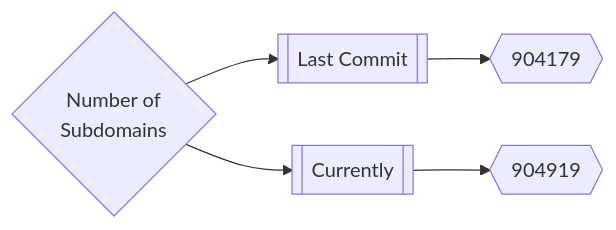
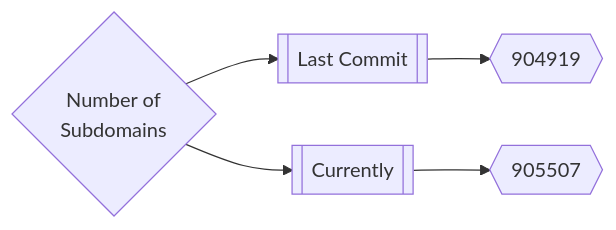
One commit to trickest/inventory changed the first of 3 diagrams in README.md. Above: the diagram before and after it, drawn with Mermaid. The commit also changed other lines of this file, not shown here.

Commit message:
Update README.md Fri Jul 15 21:10:42 UTC 2022

````diff
--- a/README.md
+++ b/README.md
@@ -167,5 +167,5 @@
 ```mermaid
 graph LR
-title{Number of<br>Subdomains} --> subdomainsDate1[[Last Commit]] --> subdomainsNum1{{904179}}
-title --> subdomainsDate2[[Currently]] --> subdomainsNum2{{904919}}
+title{Number of<br>Subdomains} --> subdomainsDate1[[Last Commit]] --> subdomainsNum1{{904919}}
+title --> subdomainsDate2[[Currently]] --> subdomainsNum2{{905507}}
 ```
````
